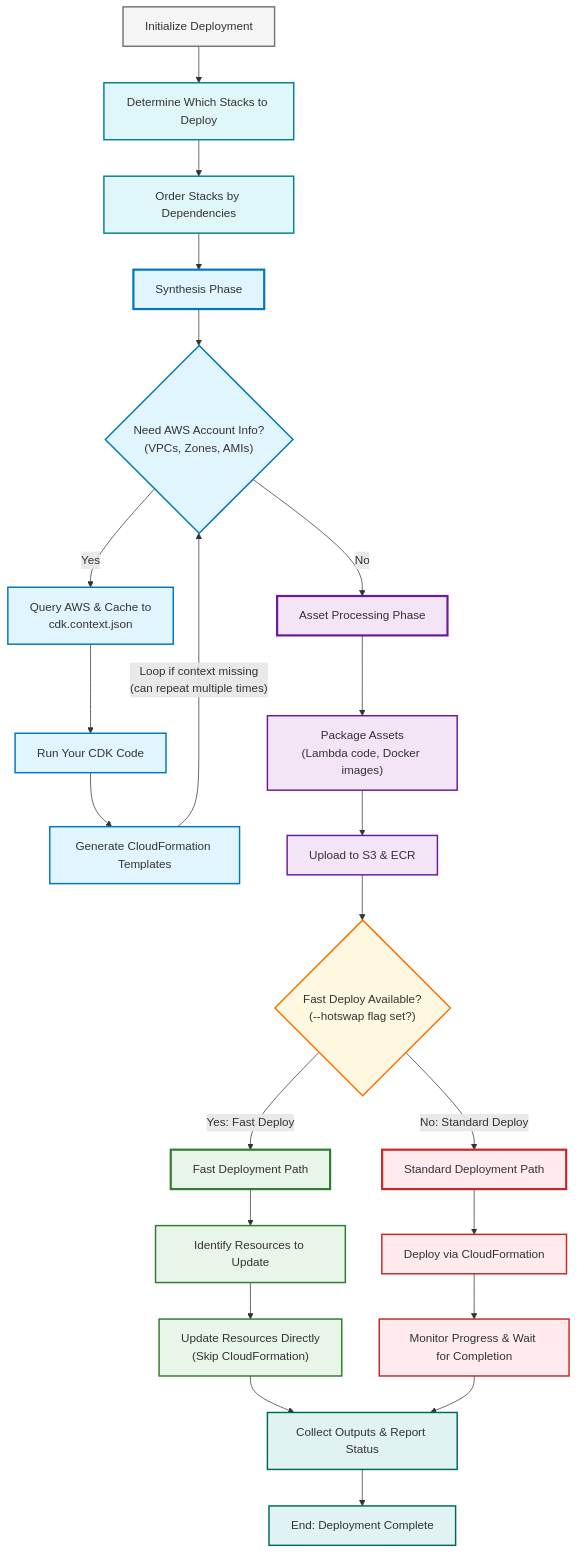
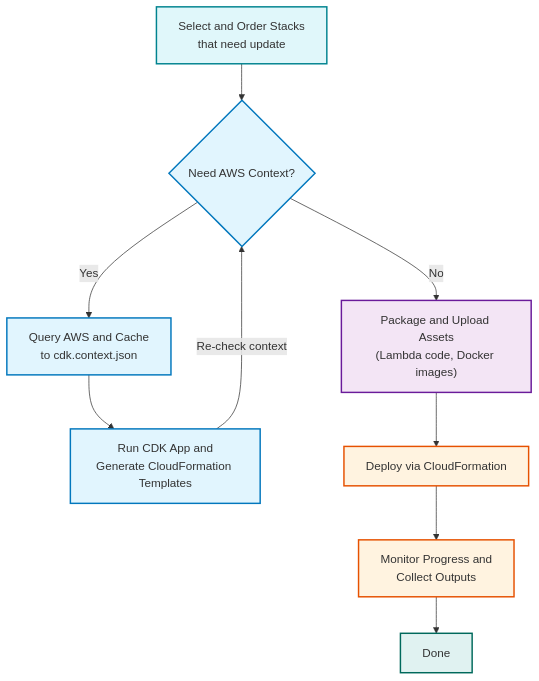
Before and after one commit to aws/aws-cdk-cli: the first of 2 diagrams in packages/aws-cdk/README.md, drawn with Mermaid. The commit also changed other lines of this file, not shown here.

Commit message:
docs(aws-cdk): simplify deploy flowchart in README

````diff
--- a/packages/aws-cdk/README.md
+++ b/packages/aws-cdk/README.md
@@ -576,110 +576,45 @@
 ```mermaid
 graph TD
-    %% Initialization Phase
-    c1["Initialize Deployment"]
+    %% Stack Selection
+    c1["Select and Order Stacks<br/>that need update"]
     
-    %% Stack Selection Phase
-    c4["Determine Which Stacks to Deploy"]
-    c5["Order Stacks by Dependencies"]
+    %% Synthesis
+    c2{"Need AWS Context?"}
+    c3["Query AWS and Cache<br/>to cdk.context.json"]
+    c4["Run CDK App and<br/>Generate CloudFormation Templates"]
     
-    %% Synthesis Phase
-    c6["Synthesis Phase"]
-    c7{"Need AWS Account Info?<br/>(VPCs, Zones, AMIs)"}
-    c8["Query AWS & Cache to<br/>cdk.context.json"]
-    c9["Run Your CDK Code"]
-    c10["Generate CloudFormation Templates"]
+    %% Asset Processing
+    c5["Package and Upload Assets<br/>(Lambda code, Docker images)"]
     
-    %% Asset Processing Phase
-    c11["Asset Processing Phase"]
-    c13["Package Assets<br/>(Lambda code, Docker images)"]
-    c14["Upload to S3 & ECR"]
-    
-    %% Deployment Method Selection
-    c19{"Fast Deploy Available?<br/>(--hotswap flag set?)"}
-    c20["Fast Deployment Path"]
-    c21["Standard Deployment Path"]
-    
-    %% Hotswap Path
-    c22["Identify Resources to Update"]
-    c23["Update Resources Directly<br/>(Skip CloudFormation)"]
-    
-    %% CloudFormation Path
-    c25["Deploy via CloudFormation"]
-    c27["Monitor Progress & Wait for Completion"]
-    
-    %% Completion Phase
-    c29["Collect Outputs & Report Status"]
-    c30["End: Deployment Complete"]
-    
-    %% Main Flow
-    c1 --> c4
-    c4 --> c5
-    c5 --> c6
-    
-    %% Synthesis Phase with Context Loop
-    c6 --> c7
-    c7 -->|"Yes"| c8
-    c8 --> c9
-    c9 --> c10
-    c10 -->|"Loop if context missing<br/>(can repeat multiple times)"| c7
-    c7 -->|"No"| c11
-    
-    %% Asset Processing Phase
-    c11 --> c13
-    c13 --> c14
-    c14 --> c19
-    
-    %% Deployment Method Selection
-    c19 -->|"Yes: Fast Deploy"| c20
-    c19 -->|"No: Standard Deploy"| c21
-    
-    %% Hotswap Path
-    c20 --> c22
-    c22 --> c23
-    c23 --> c29
-    
-    %% CloudFormation Path
-    c21 --> c25
-    c25 --> c27
-    c27 --> c29
+    %% Deployment
+    c6["Deploy via CloudFormation"]
+    c7["Monitor Progress and<br/>Collect Outputs"]
     
     %% Completion
-    c29 --> c30
+    c8["Done"]
     
-    %% Phase-based Color Coding
-    %% Initialization Phase (Light Gray)
-    style c1 fill:#f5f5f5,stroke:#757575,stroke-width:2px
+    %% Flow
+    c1 --> c2
+    c2 -->|"Yes"| c3
+    c3 --> c4
+    c4 -->|"Re-check context"| c2
+    c2 -->|"No"| c5
     
-    %% Stack Selection Phase (Light Cyan)
-    style c4 fill:#e0f7fa,stroke:#00838f,stroke-width:2px
-    style c5 fill:#e0f7fa,stroke:#00838f,stroke-width:2px
+    c5 --> c6
+    c6 --> c7
+    c7 --> c8
     
-    %% Synthesis Phase (Light Blue)
-    style c6 fill:#e1f5fe,stroke:#0277bd,stroke-width:3px
-    style c7 fill:#e1f5fe,stroke:#0277bd,stroke-width:2px
-    style c8 fill:#e1f5fe,stroke:#0277bd,stroke-width:2px
-    style c9 fill:#e1f5fe,stroke:#0277bd,stroke-width:2px
-    style c10 fill:#e1f5fe,stroke:#0277bd,stroke-width:2px
+    %% Styling
+    style c1 fill:#e0f7fa,stroke:#00838f,stroke-width:2px
     
-    %% Asset Processing Phase (Light Purple)
-    style c11 fill:#f3e5f5,stroke:#6a1b9a,stroke-width:3px
-    style c13 fill:#f3e5f5,stroke:#6a1b9a,stroke-width:2px
-    style c14 fill:#f3e5f5,stroke:#6a1b9a,stroke-width:2px
+    style c2 fill:#e1f5fe,stroke:#0277bd,stroke-width:2px
+    style c3 fill:#e1f5fe,stroke:#0277bd,stroke-width:2px
+    style c4 fill:#e1f5fe,stroke:#0277bd,stroke-width:2px
     
-    %% Deployment Method Selection (Light Amber)
-    style c19 fill:#fff8e1,stroke:#ff6f00,stroke-width:2px
+    style c5 fill:#f3e5f5,stroke:#6a1b9a,stroke-width:2px
     
-    %% Hotswap Deployment (Light Green)
-    style c20 fill:#e8f5e9,stroke:#2e7d32,stroke-width:3px
-    style c22 fill:#e8f5e9,stroke:#2e7d32,stroke-width:2px
-    style c23 fill:#e8f5e9,stroke:#2e7d32,stroke-width:2px
+    style c6 fill:#fff3e0,stroke:#e65100,stroke-width:2px
+    style c7 fill:#fff3e0,stroke:#e65100,stroke-width:2px
     
-    %% CloudFormation Deployment (Light Red)
-    style c21 fill:#ffebee,stroke:#c62828,stroke-width:3px
-    style c25 fill:#ffebee,stroke:#c62828,stroke-width:2px
-    style c27 fill:#ffebee,stroke:#c62828,stroke-width:2px
-    
-    %% Completion Phase (Light Teal)
-    style c29 fill:#e0f2f1,stroke:#00695c,stroke-width:2px
-    style c30 fill:#e0f2f1,stroke:#00695c,stroke-width:2px
+    style c8 fill:#e0f2f1,stroke:#00695c,stroke-width:2px
 ```
````
